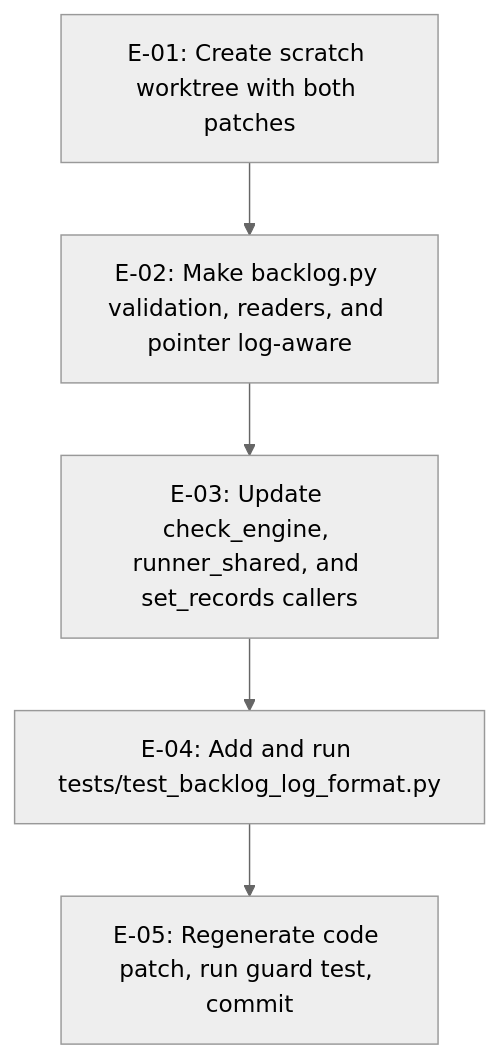
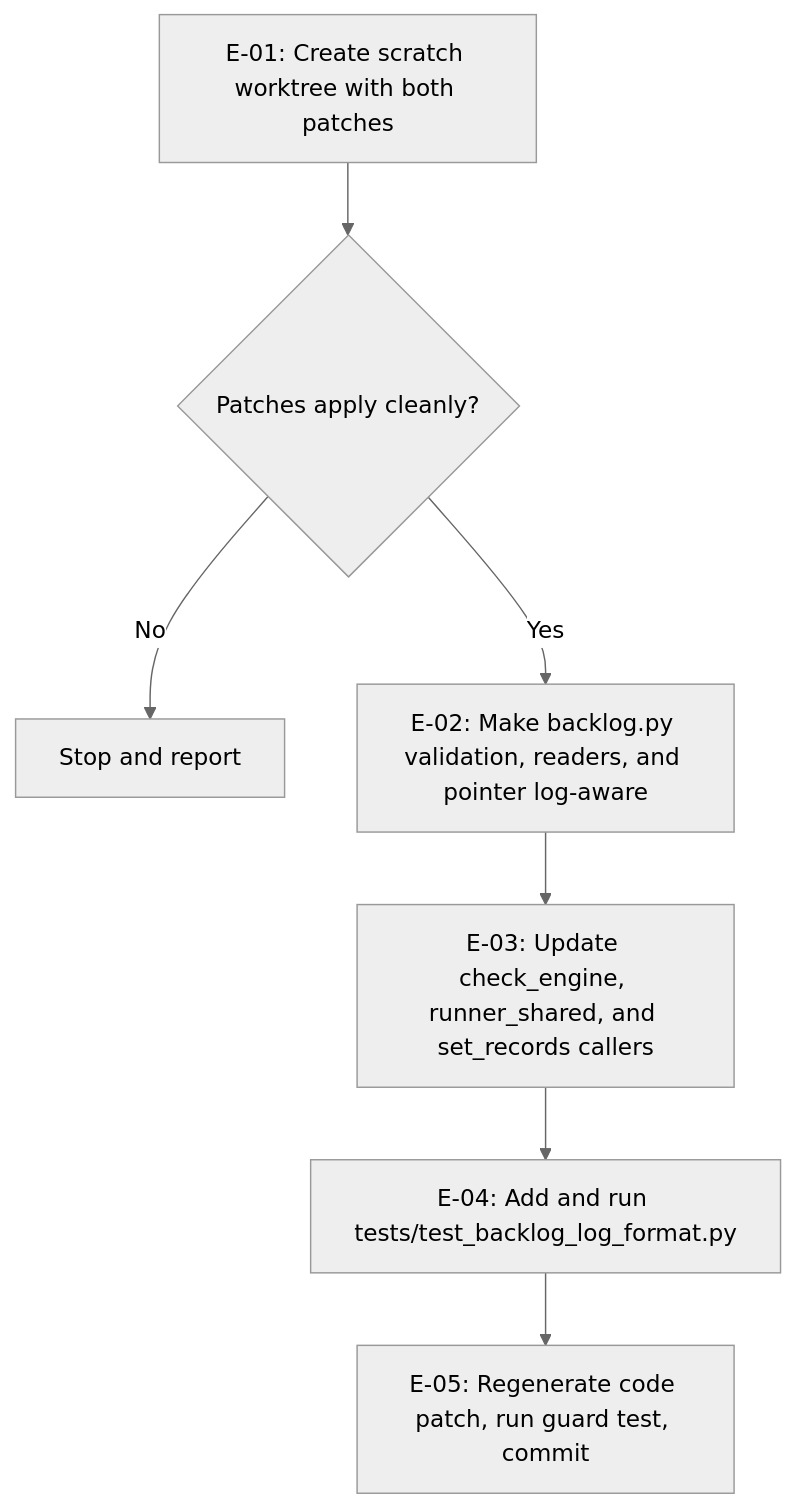
One commit to fariello/agent-workflows changed the diagram in .aw/records/plans/pending/20261125-metastore-314-fljn9b-make-backlog-validation-and-readers-log-aware-in-the-cutover.ipd.md. Above: the diagram before and after it, drawn with Mermaid (neutral theme). The commit also changed other lines of this file and 1 other file, not shown here.

````diff
--- a/.aw/records/plans/pending/20261125-metastore-314-fljn9b-make-backlog-validation-and-readers-log-aware-in-the-cutover.ipd.md
+++ b/.aw/records/plans/pending/20261125-metastore-314-fljn9b-make-backlog-validation-and-readers-log-aware-in-the-cutover.ipd.md
@@ -117,7 +119,9 @@
 ```mermaid
 flowchart TD
-    E01["E-01: Create scratch worktree with both patches"] --> E02["E-02: Make backlog.py validation, readers, and pointer log-aware"]
+    E01["E-01: Create scratch worktree with both patches"] --> P{"Patches apply cleanly?"}
+    P -->|No| STOP["Stop and report"]
+    P -->|Yes| E02["E-02: Make backlog.py validation, readers, and pointer log-aware"]
     E02 --> E03["E-03: Update check_engine, runner_shared, and set_records callers"]
     E03 --> E04["E-04: Add and run tests/test_backlog_log_format.py"]
     E04 --> E05["E-05: Regenerate code patch, run guard test, commit"]
 ```
````
